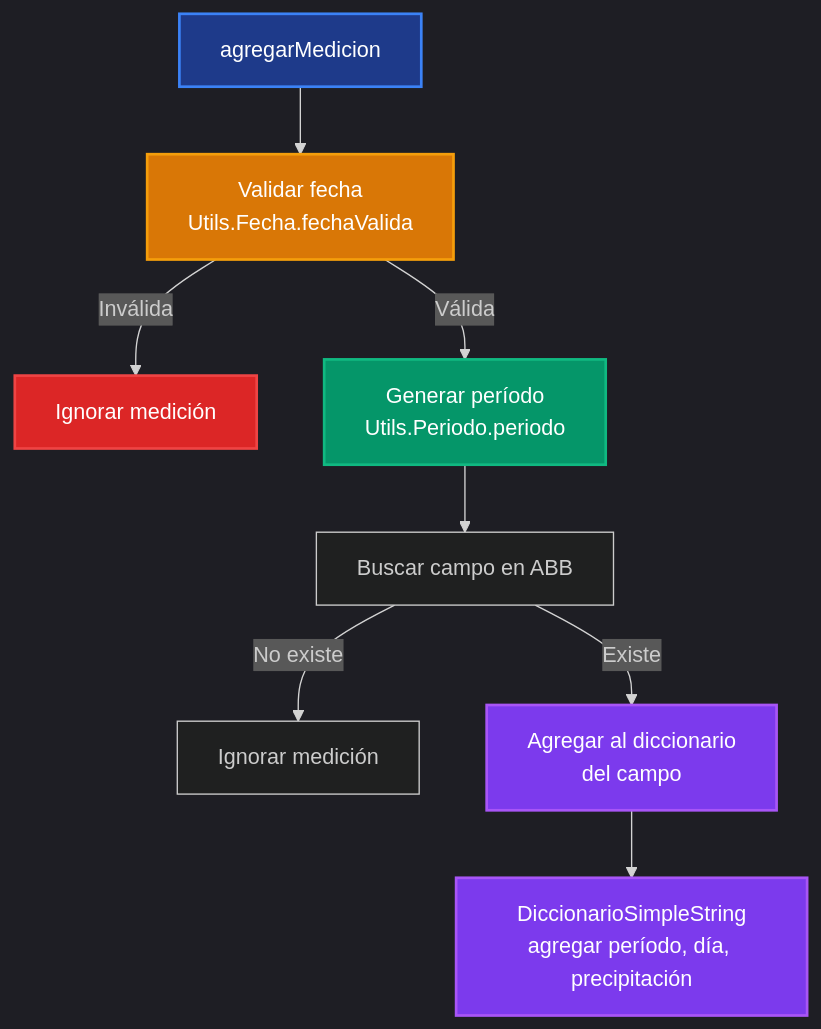
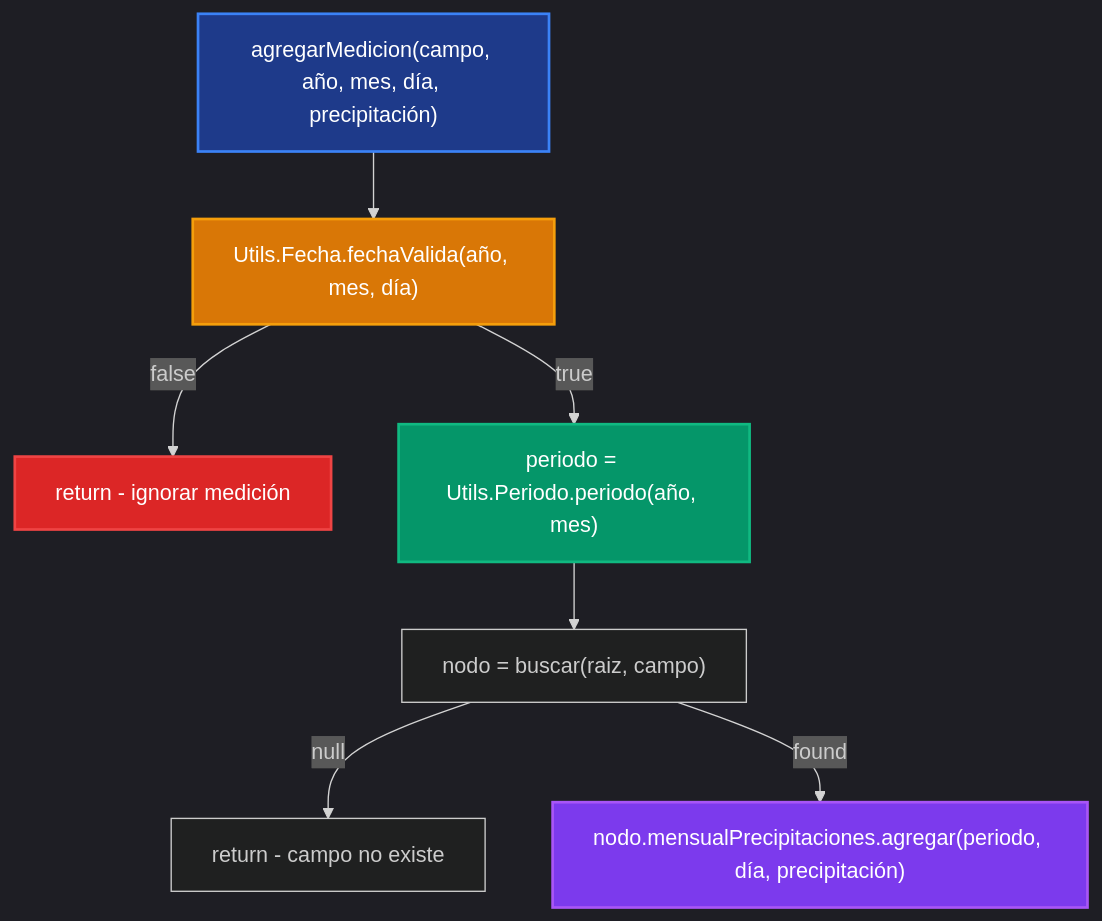
One commit to pybalt/algo2 changed the fourth of 17 diagrams in tp-final/README_IMPLEMENTACIONES.md. Above: the diagram before and after it, drawn with Mermaid. The commit also changed other lines of this file, not shown here.

Commit message:
Revise README_IMPLEMENTACIONES.md to update data structure descriptions, enhance diagram clarity, and improve overall organization. Key changes include restructuring sections on data hierarchies, refining hash table explanations, and optimizing visual elements for better readability.

````diff
--- a/tp-final/README_IMPLEMENTACIONES.md
+++ b/tp-final/README_IMPLEMENTACIONES.md
@@ -97,19 +98,16 @@
 ```mermaid
 %%{init: {'theme':'dark'}}%%
 flowchart TD
-    A[agregarMedicion] --> B[Validar fecha<br/>Utils.Fecha.fechaValida]
-    B -->|Inválida| C[Ignorar medición]
-    B -->|Válida| D[Generar período<br/>Utils.Periodo.periodo]
-    D --> E[Buscar campo en ABB]
-    E -->|No existe| F[Ignorar medición]
-    E -->|Existe| G[Agregar al diccionario<br/>del campo]
-    
-    G --> H[DiccionarioSimpleString<br/>agregar período, día, precipitación]
+    A["agregarMedicion(campo, año, mes, día, precipitación)"] --> B["Utils.Fecha.fechaValida(año, mes, día)"]
+    B -->|false| C["return - ignorar medición"]
+    B -->|true| D["periodo = Utils.Periodo.periodo(año, mes)"]
+    D --> E["nodo = buscar(raiz, campo)"]
+    E -->|null| F["return - campo no existe"]
+    E -->|found| G["nodo.mensualPrecipitaciones.agregar(periodo, día, precipitación)"]
     
     style A fill:#1e3a8a,stroke:#3b82f6,stroke-width:2px,color:#fff
     style B fill:#d97706,stroke:#f59e0b,stroke-width:2px,color:#fff
     style C fill:#dc2626,stroke:#ef4444,stroke-width:2px,color:#fff
     style D fill:#059669,stroke:#10b981,stroke-width:2px,color:#fff
     style G fill:#7c3aed,stroke:#a855f7,stroke-width:2px,color:#fff
-    style H fill:#7c3aed,stroke:#a855f7,stroke-width:2px,color:#fff
 ```
````
